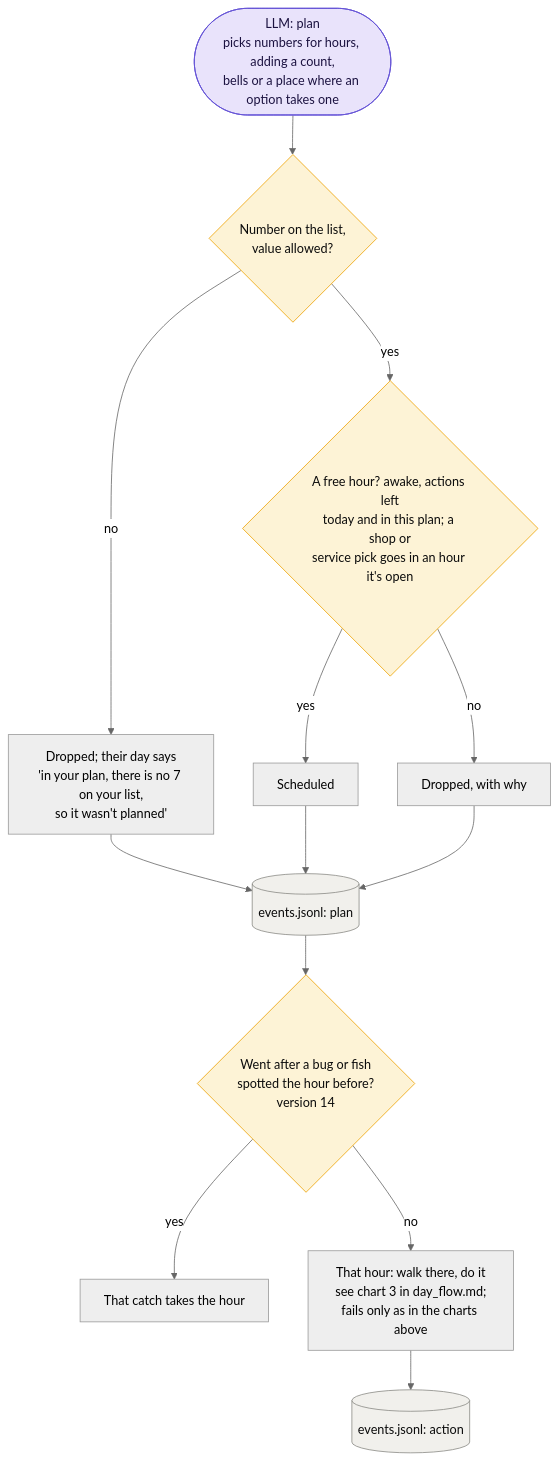
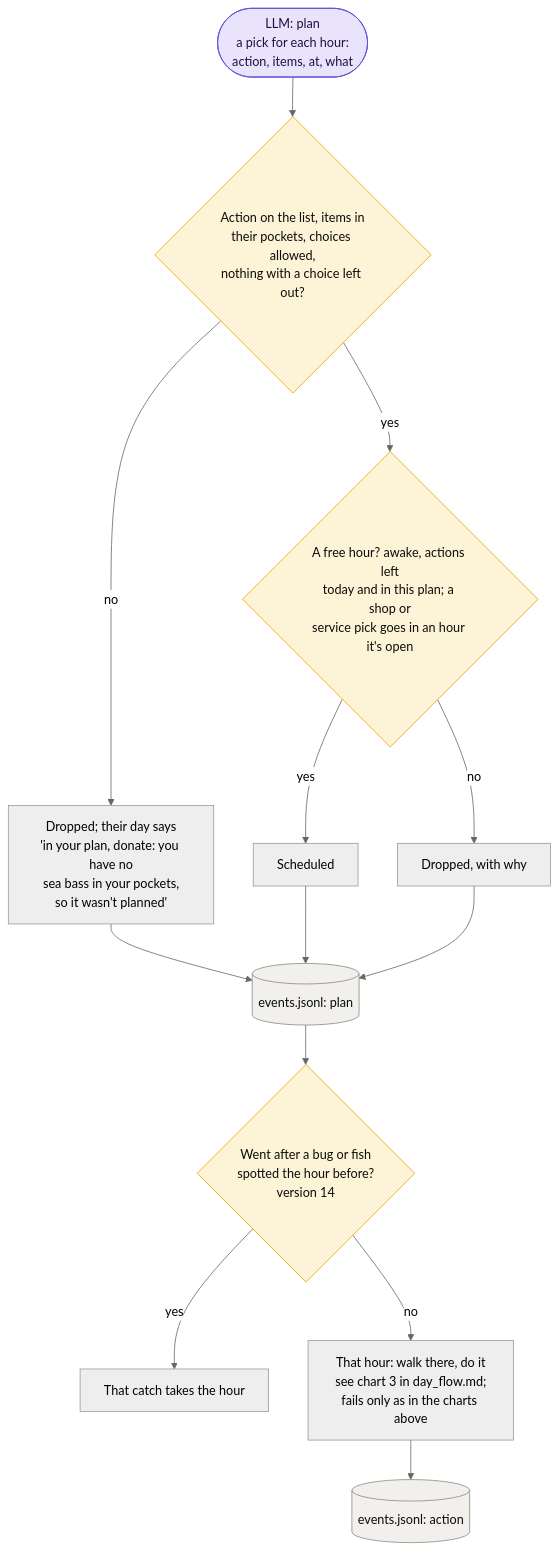
Diagram 42 of 42 in docs/actions.md (harjonillo/multiagent-island), drawn with Mermaid (neutral theme) before and after one commit. The commit also changed other lines of this file and 10 other files, not shown here.

````diff
--- a/docs/actions.md
+++ b/docs/actions.md
@@ -1396,31 +1608,31 @@
 ```mermaid
 flowchart TD
     classDef llm fill:#e9e3fb,stroke:#6250d6,color:#1b1240
     classDef file fill:#f1f0ec,stroke:#8a8984,color:#0b0b0b
     classDef gate fill:#fdf3d6,stroke:#eda100,color:#0b0b0b
 
-    plan(["LLM: plan<br/>picks numbers for hours, adding a count,<br/>bells or a place where an option takes one"])
-    readable{"Number on the list,<br/>value allowed?"}
-    told["Dropped; their day says<br/>'in your plan, there is no 7 on your list,<br/>so it wasn't planned'"]
+    plan(["LLM: plan<br/>a pick for each hour:<br/>action, items, at, what"])
+    readable{"Action on the list, items in<br/>their pockets, choices allowed,<br/>nothing with a choice left out?"}
+    told["Dropped; their day says<br/>'in your plan, donate: you have no<br/>sea bass in your pockets,<br/>so it wasn't planned'"]
     hourq{"A free hour? awake, actions left<br/>today and in this plan; a shop or<br/>service pick goes in an hour it's open"}
     dropped["Dropped, with why"]
     sched["Scheduled"]
     pl[("events.jsonl: plan")]
     spot{"Went after a bug or fish<br/>spotted the hour before?<br/>version 14"}
     swapped["That catch takes the hour"]
     run["That hour: walk there, do it<br/>see chart 3 in day_flow.md;<br/>fails only as in the charts above"]
     aev[("events.jsonl: action")]
 
     plan --> readable
     readable -- yes --> hourq
     readable -- no --> told --> pl
     hourq -- yes --> sched --> pl
     hourq -- no --> dropped --> pl
     pl --> spot
     spot -- no --> run --> aev
     spot -- yes --> swapped
 
     class plan llm
     class pl,aev file
     class readable,hourq,spot gate
 ```
````
